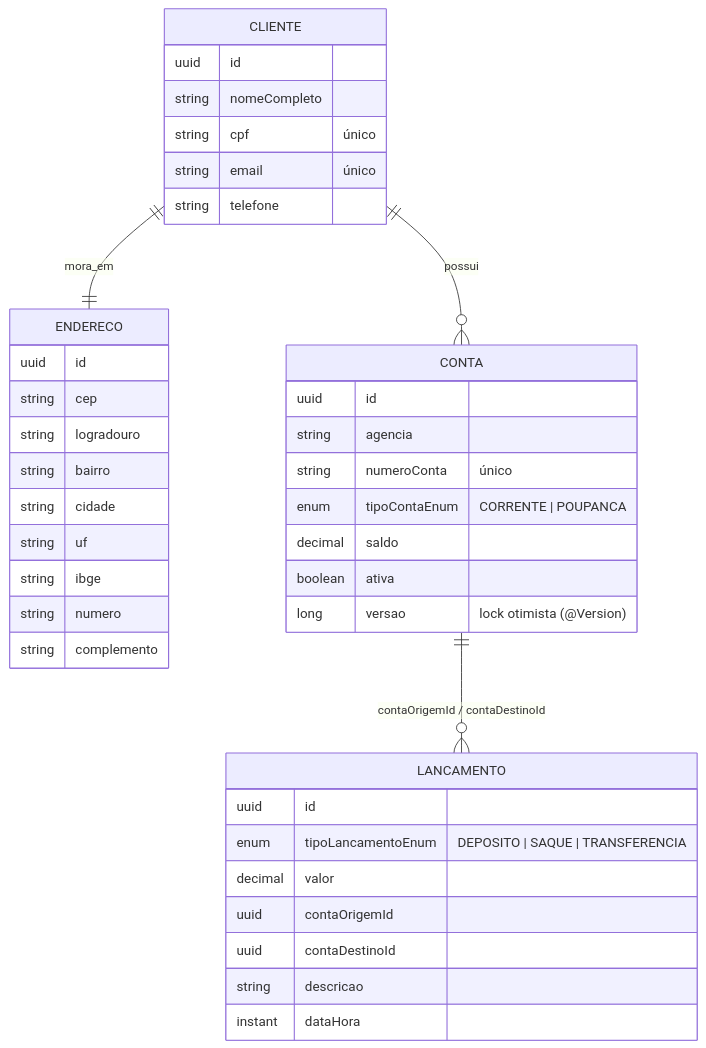
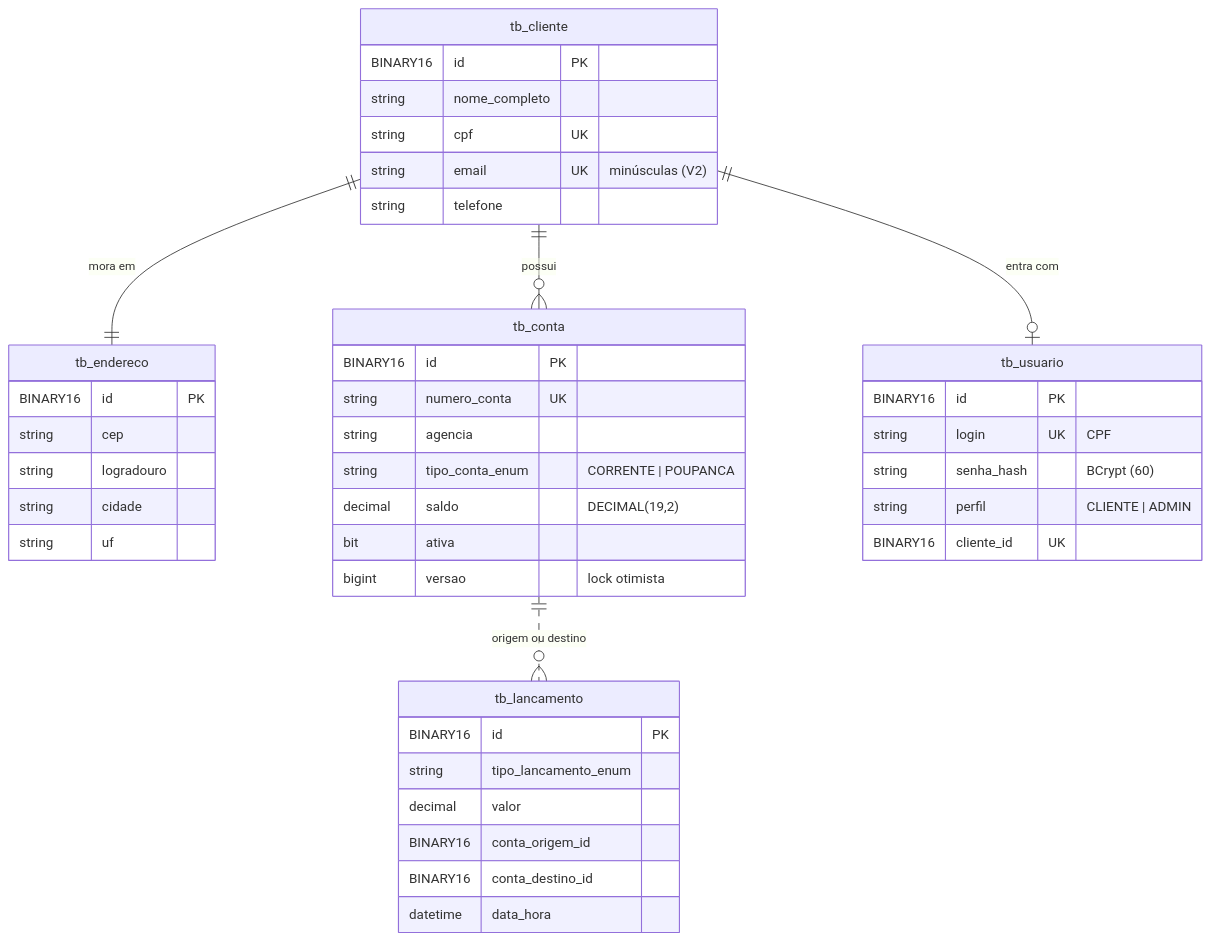
One commit to k3vinrich4rd/rkf_bank changed the fourth of 7 diagrams in README.md. Above: the diagram before and after it, drawn with Mermaid. The commit also changed other lines of this file, not shown here.

First line of the commit message:
docs: readme com cara de banco digital, trilhas e login jwt

````diff
--- a/README.md
+++ b/README.md
@@ -290,43 +469,45 @@
 ```mermaid
 erDiagram
-    CLIENTE ||--|| ENDERECO : mora_em
-    CLIENTE ||--o{ CONTA : possui
-    CONTA ||--o{ LANCAMENTO : "contaOrigemId / contaDestinoId"
-
-    CLIENTE {
-        uuid id
-        string nomeCompleto
-        string cpf "único"
-        string email "único"
+    tb_cliente ||--|| tb_endereco : "mora em"
+    tb_cliente ||--o{ tb_conta : "possui"
+    tb_cliente ||--o| tb_usuario : "entra com"
+    tb_conta ||..o{ tb_lancamento : "origem ou destino"
+    tb_cliente {
+        BINARY16 id PK
+        string nome_completo
+        string cpf UK
+        string email UK "minúsculas (V2)"
         string telefone
     }
-    ENDERECO {
-        uuid id
+    tb_endereco {
+        BINARY16 id PK
         string cep
         string logradouro
-        string bairro
         string cidade
         string uf
-        string ibge
-        string numero
-        string complemento
     }
-    CONTA {
-        uuid id
+    tb_conta {
+        BINARY16 id PK
+        string numero_conta UK
         string agencia
-        string numeroConta "único"
-        enum tipoContaEnum "CORRENTE | POUPANCA"
-        decimal saldo
-        boolean ativa
-        long versao "lock otimista (@Version)"
+        string tipo_conta_enum "CORRENTE | POUPANCA"
+        decimal saldo "DECIMAL(19,2)"
+        bit ativa
+        bigint versao "lock otimista"
     }
-    LANCAMENTO {
-        uuid id
-        enum tipoLancamentoEnum "DEPOSITO | SAQUE | TRANSFERENCIA"
+    tb_usuario {
+        BINARY16 id PK
+        string login UK "CPF"
+        string senha_hash "BCrypt (60)"
+        string perfil "CLIENTE | ADMIN"
+        BINARY16 cliente_id UK
+    }
+    tb_lancamento {
+        BINARY16 id PK
+        string tipo_lancamento_enum
         decimal valor
-        uuid contaOrigemId
-        uuid contaDestinoId
-        string descricao
-        instant dataHora
+        BINARY16 conta_origem_id
+        BINARY16 conta_destino_id
+        datetime data_hora
     }
 ```
````
